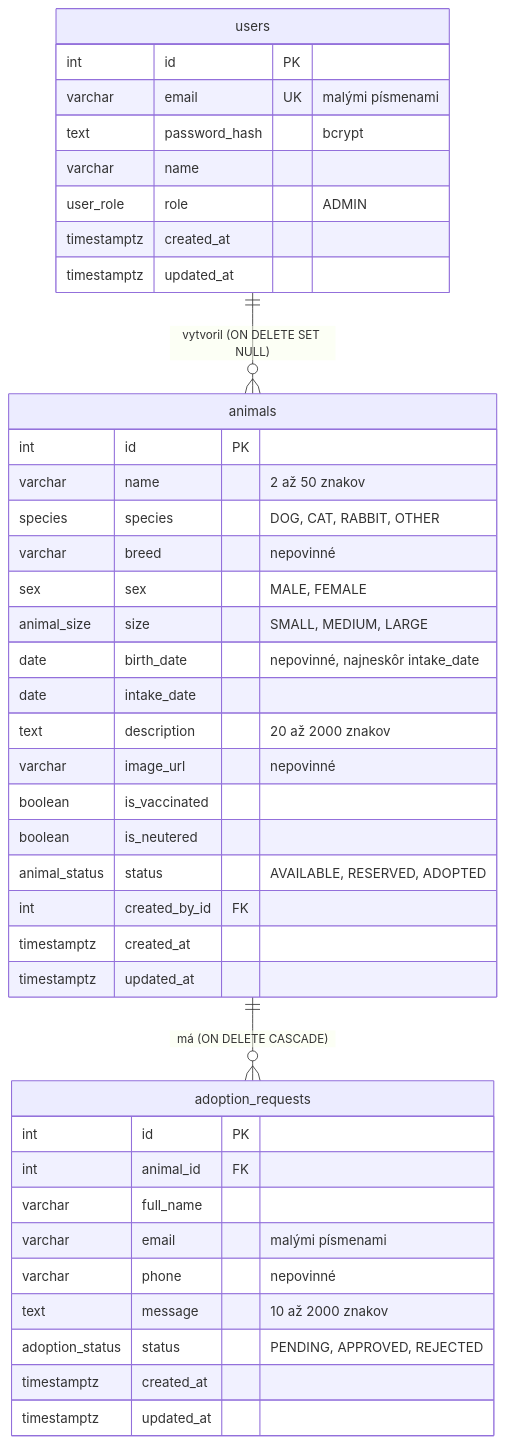
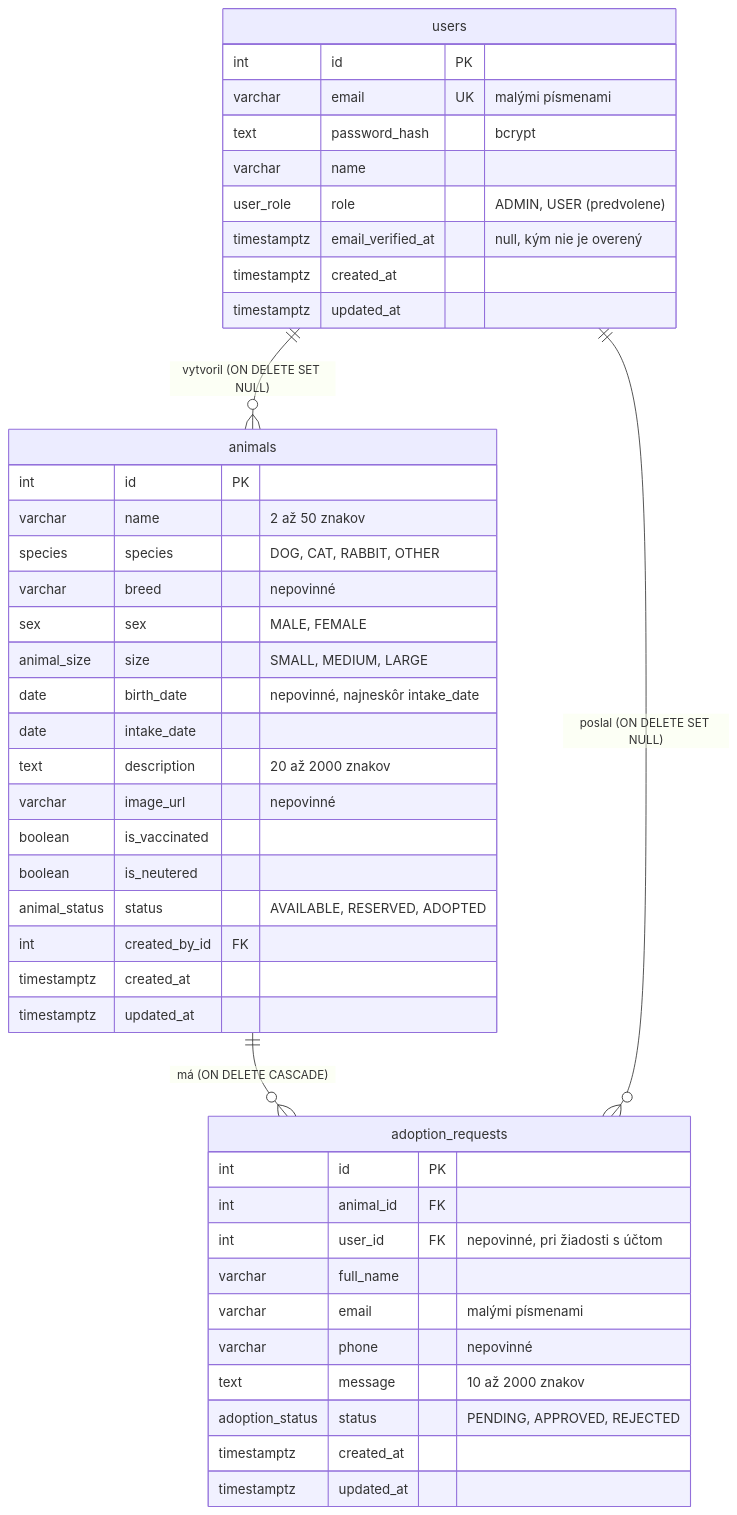
The second of 2 diagrams in README.md (Shars4/bart_labka), drawn with Mermaid before and after one commit. The commit also changed other lines of this file and 68 other files, not shown here.

````diff
--- a/README.md
+++ b/README.md
@@ -210,44 +253,47 @@
 ```mermaid
 erDiagram
   users ||--o{ animals : "vytvoril (ON DELETE SET NULL)"
   animals ||--o{ adoption_requests : "má (ON DELETE CASCADE)"
+  users ||--o{ adoption_requests : "poslal (ON DELETE SET NULL)"
 
   users {
     int id PK
     varchar email UK "malými písmenami"
     text password_hash "bcrypt"
     varchar name
-    user_role role "ADMIN"
+    user_role role "ADMIN, USER (predvolene)"
+    timestamptz email_verified_at "null, kým nie je overený"
     timestamptz created_at
     timestamptz updated_at
   }
   animals {
     int id PK
     varchar name "2 až 50 znakov"
     species species "DOG, CAT, RABBIT, OTHER"
     varchar breed "nepovinné"
     sex sex "MALE, FEMALE"
     animal_size size "SMALL, MEDIUM, LARGE"
     date birth_date "nepovinné, najneskôr intake_date"
     date intake_date
     text description "20 až 2000 znakov"
     varchar image_url "nepovinné"
     boolean is_vaccinated
     boolean is_neutered
     animal_status status "AVAILABLE, RESERVED, ADOPTED"
     int created_by_id FK
     timestamptz created_at
     timestamptz updated_at
   }
   adoption_requests {
     int id PK
     int animal_id FK
+    int user_id FK "nepovinné, pri žiadosti s účtom"
     varchar full_name
     varchar email "malými písmenami"
     varchar phone "nepovinné"
     text message "10 až 2000 znakov"
     adoption_status status "PENDING, APPROVED, REJECTED"
     timestamptz created_at
     timestamptz updated_at
   }
 ```
````
